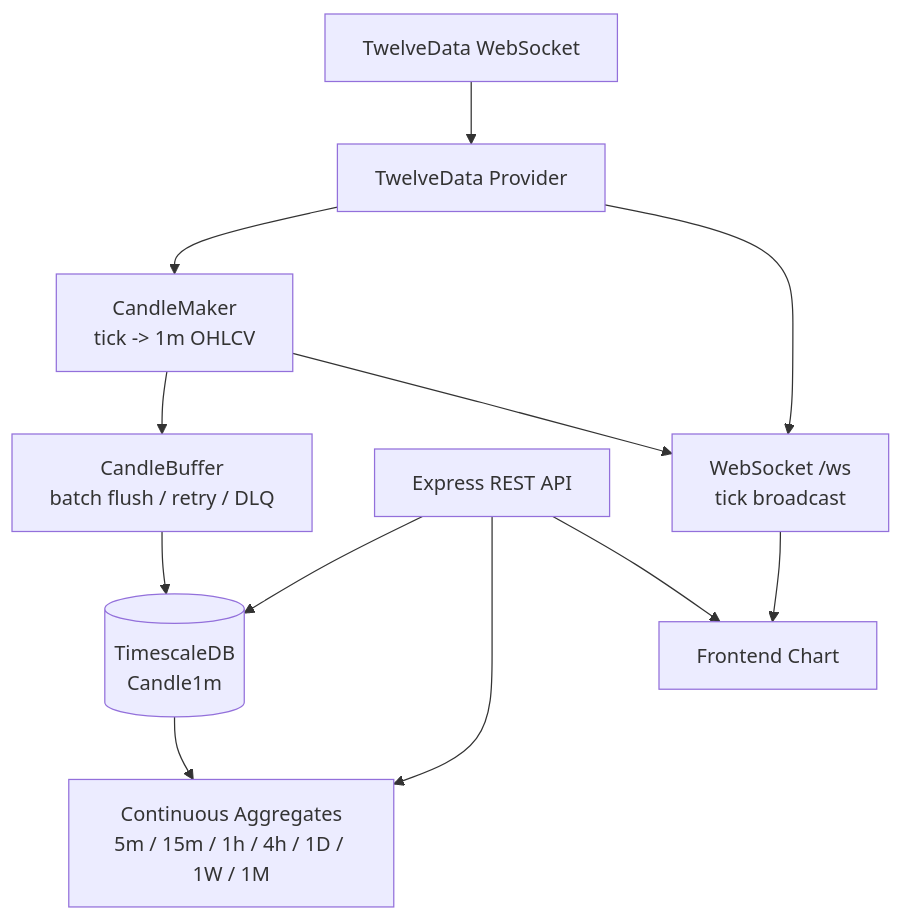
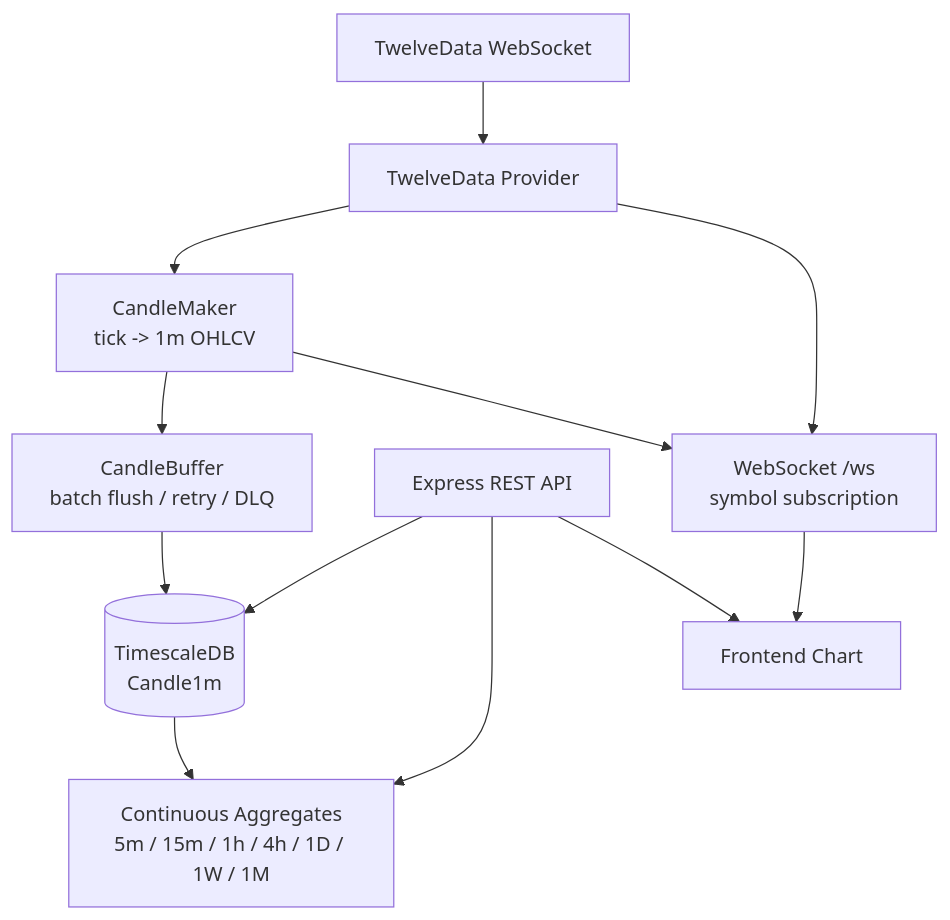
Before and after one commit to asd1702/Fin_D: the diagram in find-chart_T/README.md, drawn with Mermaid. The commit also changed other lines of this file and 8 other files, not shown here.

Commit message:
feat: WebSocket 심볼 구독 기능 추가

````diff
--- a/find-chart_T/README.md
+++ b/find-chart_T/README.md
@@ -16,14 +16,14 @@
 ```mermaid
 flowchart TB
     td["TwelveData WebSocket"] --> provider["TwelveData Provider"]
     provider --> maker["CandleMaker<br/>tick -> 1m OHLCV"]
     maker --> buffer["CandleBuffer<br/>batch flush / retry / DLQ"]
     buffer --> db[("TimescaleDB<br/>Candle1m")]
     db --> ca["Continuous Aggregates<br/>5m / 15m / 1h / 4h / 1D / 1W / 1M"]
     api["Express REST API"] --> db
     api --> ca
-    provider --> ws["WebSocket /ws<br/>tick broadcast"]
+    provider --> ws["WebSocket /ws<br/>symbol subscription"]
     maker --> ws
     ws --> front["Frontend Chart"]
     api --> front
 ```
````
